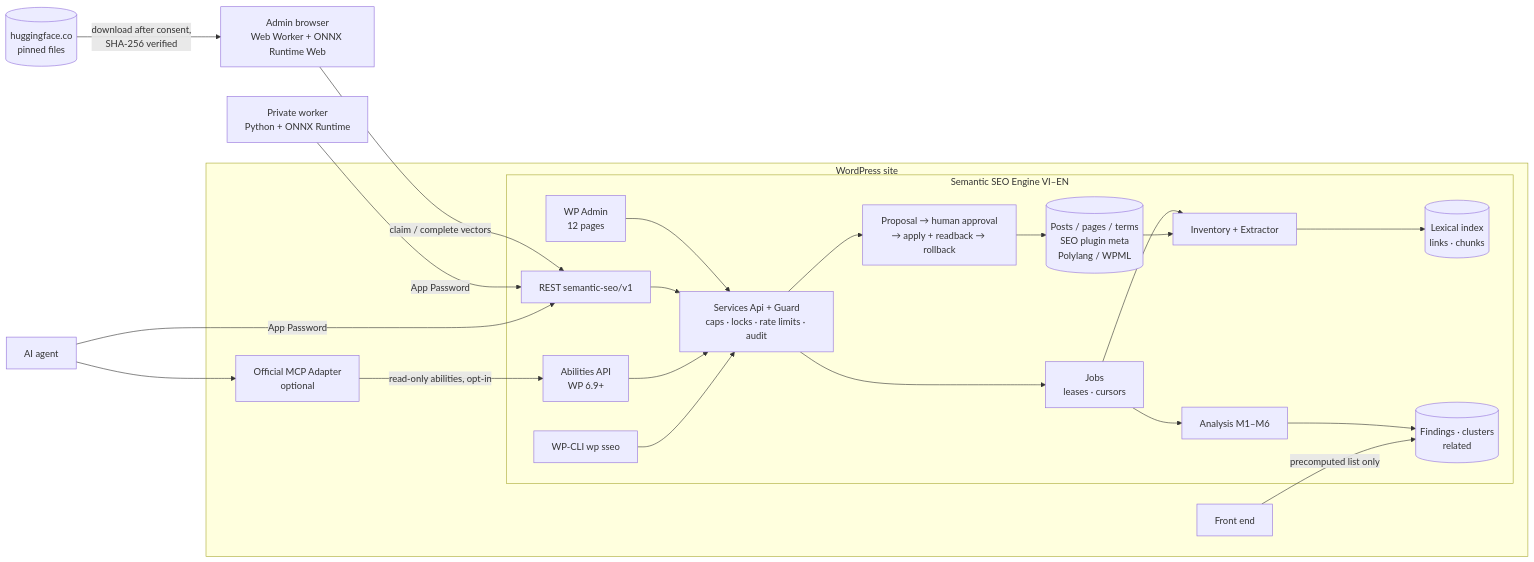
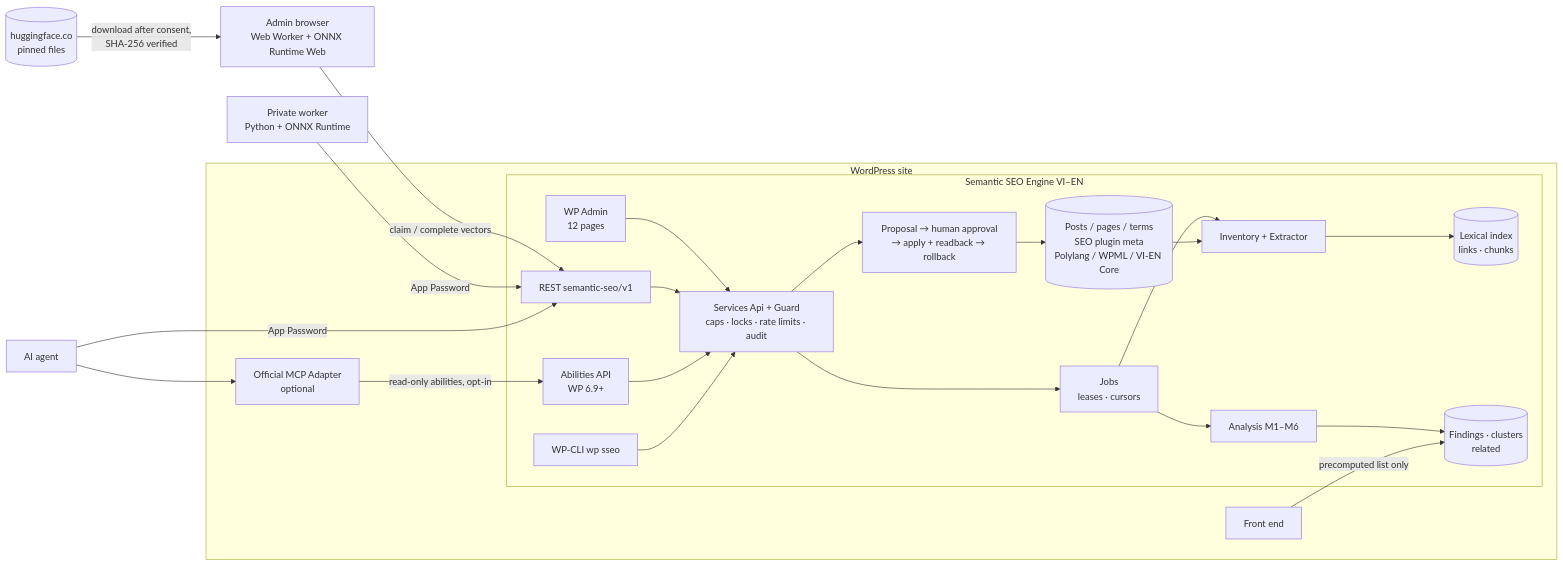
Before and after one commit to thuexemayhanoi/plugin-auto: the diagram in docs/ARCHITECTURE.md, drawn with Mermaid. The commit also changed other lines of this file and 5 other files, not shown here.

First line of the commit message:
docs: precision guidance without q8, VI-EN Core and the blog's stack in compatibility and architecture

````diff
--- a/docs/ARCHITECTURE.md
+++ b/docs/ARCHITECTURE.md
@@ -60,26 +60,26 @@
 ```mermaid
 flowchart LR
   subgraph WP[WordPress site]
-    Content[(Posts / pages / terms<br/>SEO plugin meta<br/>Polylang / WPML)]
+    Content[(Posts / pages / terms<br/>SEO plugin meta<br/>Polylang / WPML / VI-EN Core)]
     subgraph Plugin[Semantic SEO Engine VI–EN]
       Admin[WP Admin<br/>12 pages] --> Api
       REST[REST semantic-seo/v1] --> Api
       Abil[Abilities API<br/>WP 6.9+] --> Api
       CLI[WP-CLI wp sseo] --> Api
       Api[Services Api + Guard<br/>caps · locks · rate limits · audit]
       Api --> Jobs[Jobs<br/>leases · cursors]
       Jobs --> Inv[Inventory + Extractor] --> Idx[(Lexical index<br/>links · chunks)]
       Jobs --> Ana[Analysis M1–M6] --> Find[(Findings · clusters<br/>related)]
       Api --> Prop[Proposal → human approval<br/>→ apply + readback → rollback]
       Prop --> Content
     end
     Front[Front end] -->|precomputed list only| Find
     MCP[Official MCP Adapter<br/>optional] -->|read-only abilities, opt-in| Abil
   end
   Browser[Admin browser<br/>Web Worker + ONNX Runtime Web] -->|claim / complete vectors| REST
   HF[(huggingface.co<br/>pinned files)] -->|download after consent,<br/>SHA-256 verified| Browser
   Worker[Private worker<br/>Python + ONNX Runtime] -->|App Password| REST
   Agent[AI agent] -->|App Password| REST
   Agent --> MCP
   Content --> Inv
 ```
````
